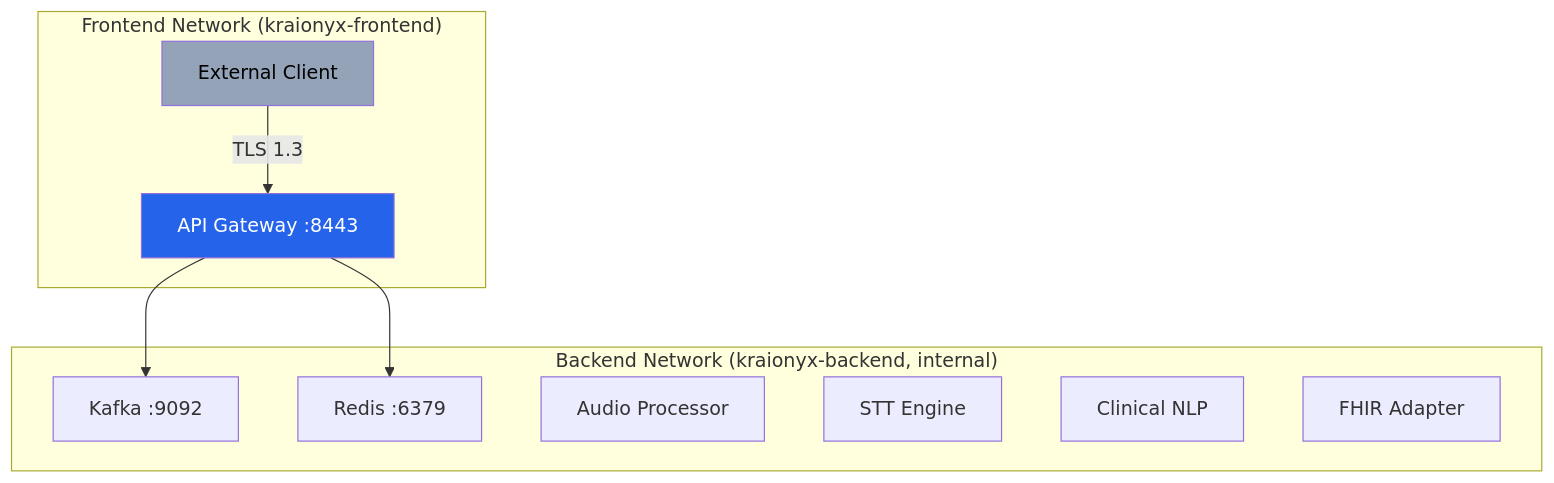
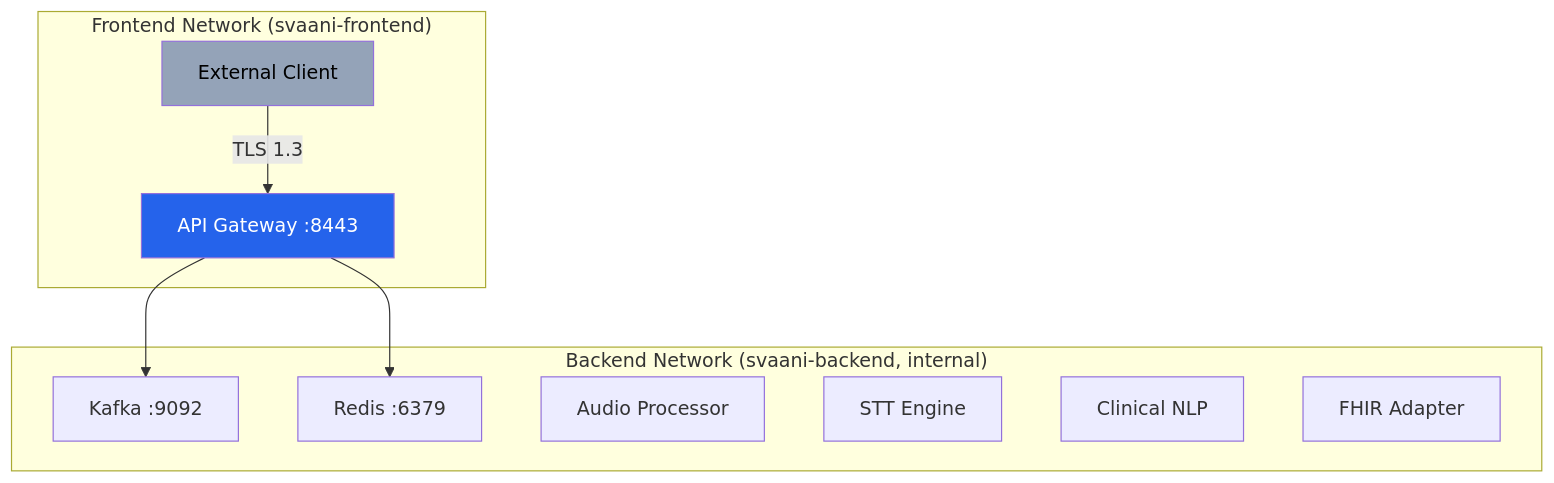
The third of 3 diagrams in docs/security.md (Nikhiluuuuuuuuu/Kraionyx-Project-001), drawn with Mermaid before and after one commit. The commit also changed other lines of this file and 66 other files, not shown here.

````diff
--- a/docs/security.md
+++ b/docs/security.md
@@ -316,23 +316,23 @@
 ```mermaid
 graph TB
-    subgraph "Frontend Network (kraionyx-frontend)"
+    subgraph "Frontend Network (svaani-frontend)"
         CLIENT["External Client"]
         GW["API Gateway :8443"]
     end
 
-    subgraph "Backend Network (kraionyx-backend, internal)"
+    subgraph "Backend Network (svaani-backend, internal)"
         KAFKA["Kafka :9092"]
         REDIS["Redis :6379"]
         AP["Audio Processor"]
         STT["STT Engine"]
         NLP["Clinical NLP"]
         FHIR["FHIR Adapter"]
     end
 
     CLIENT -->|TLS 1.3| GW
     GW --> KAFKA
     GW --> REDIS
 
     style CLIENT fill:#94a3b8,color:#000
     style GW fill:#2563eb,color:#fff
 ```
````
